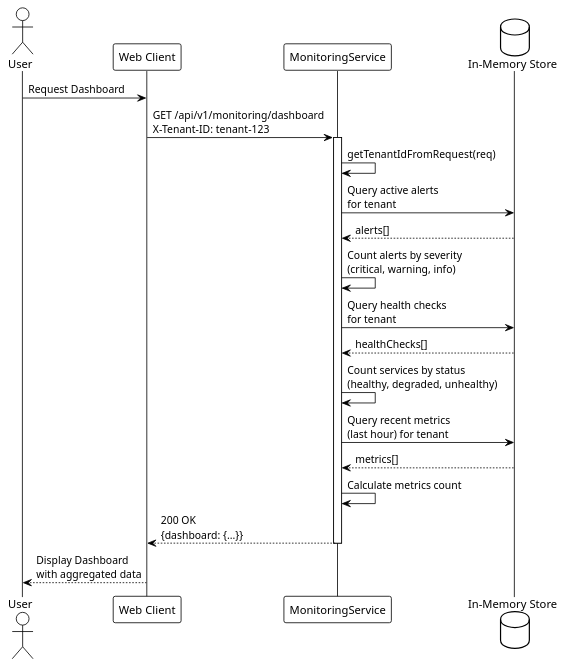
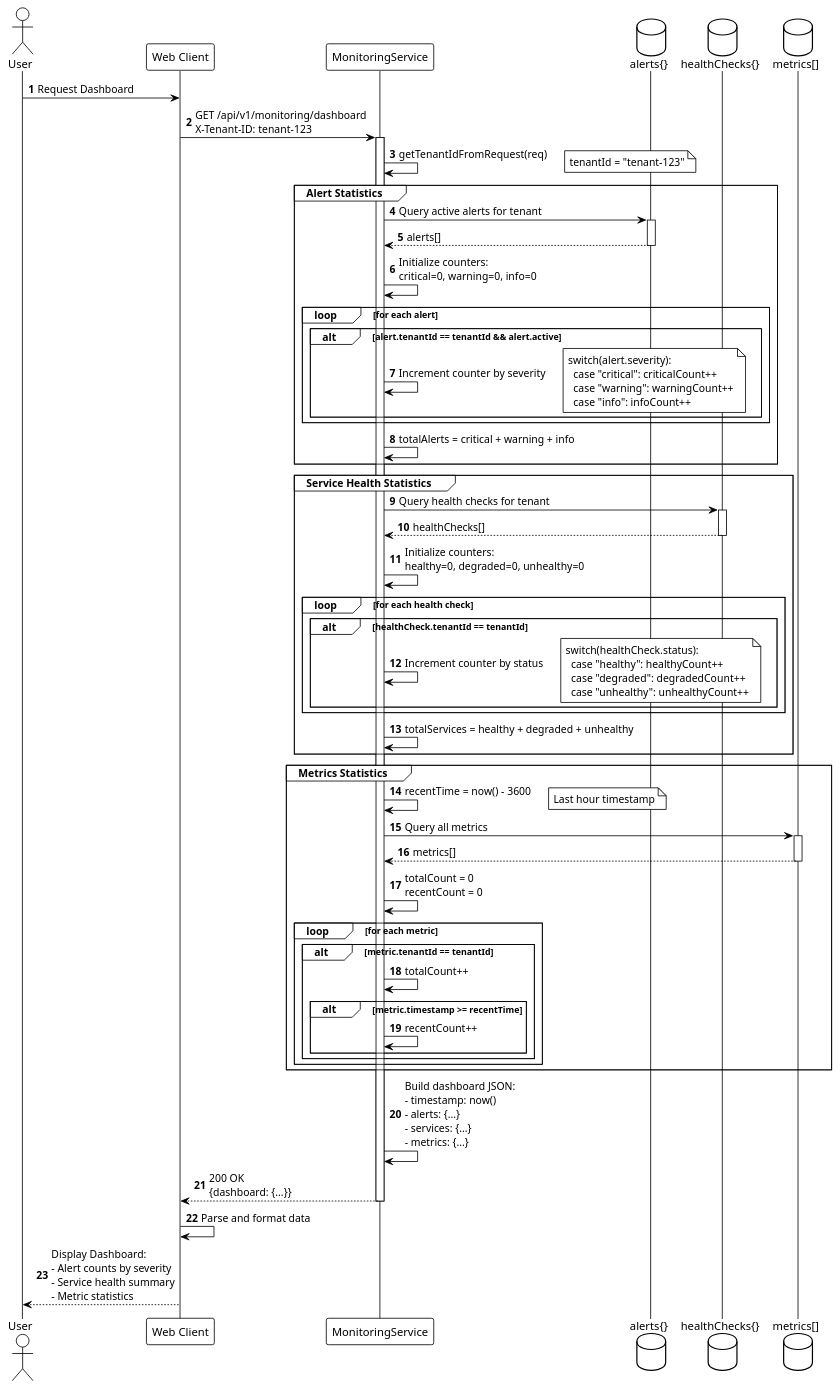
The third of 8 diagrams in monitoring/README.md (UIMSolutions/uim-iaas), drawn with PlantUML before and after one commit. The commit also changed other lines of this file and 10 other files, not shown here.

````diff
--- a/monitoring/README.md
+++ b/monitoring/README.md
@@ -222,36 +342,97 @@
 ```plantuml
 @startuml
 !theme plain
+autonumber
 
 actor User
 participant "Web Client" as Client
 participant "MonitoringService" as Service
-database "In-Memory Store" as Store
+database "alerts{}" as AlertStore
+database "healthChecks{}" as HealthStore
+database "metrics[]" as MetricStore
 
 User -> Client: Request Dashboard
 Client -> Service: GET /api/v1/monitoring/dashboard\nX-Tenant-ID: tenant-123
 activate Service
 
 Service -> Service: getTenantIdFromRequest(req)
-Service -> Store: Query active alerts\nfor tenant
-Store --> Service: alerts[]
+note right: tenantId = "tenant-123"
 
-Service -> Service: Count alerts by severity\n(critical, warning, info)
+group Alert Statistics
+    Service -> AlertStore: Query active alerts for tenant
+    activate AlertStore
+    AlertStore --> Service: alerts[]
+    deactivate AlertStore
+    
+    Service -> Service: Initialize counters:\ncritical=0, warning=0, info=0
+    
+    loop for each alert
+        alt alert.tenantId == tenantId && alert.active
+            Service -> Service: Increment counter by severity
+            note right
+                switch(alert.severity):
+                  case "critical": criticalCount++
+                  case "warning": warningCount++
+                  case "info": infoCount++
+            end note
+        end
+    end
+    
+    Service -> Service: totalAlerts = critical + warning + info
+end
 
-Service -> Store: Query health checks\nfor tenant
-Store --> Service: healthChecks[]
+group Service Health Statistics
+    Service -> HealthStore: Query health checks for tenant
+    activate HealthStore
+    HealthStore --> Service: healthChecks[]
+    deactivate HealthStore
+    
+    Service -> Service: Initialize counters:\nhealthy=0, degraded=0, unhealthy=0
+    
+    loop for each health check
+        alt healthCheck.tenantId == tenantId
+            Service -> Service: Increment counter by status
+            note right
+                switch(healthCheck.status):
+                  case "healthy": healthyCount++
+                  case "degraded": degradedCount++
+                  case "unhealthy": unhealthyCount++
+            end note
+        end
+    end
+    
+    Service -> Service: totalServices = healthy + degraded + unhealthy
+end
 
-Service -> Service: Count services by status\n(healthy, degraded, unhealthy)
+group Metrics Statistics
+    Service -> Service: recentTime = now() - 3600
+    note right: Last hour timestamp
+    
+    Service -> MetricStore: Query all metrics
+    activate MetricStore
+    MetricStore --> Service: metrics[]
+    deactivate MetricStore
+    
+    Service -> Service: totalCount = 0\nrecentCount = 0
+    
+    loop for each metric
+        alt metric.tenantId == tenantId
+            Service -> Service: totalCount++
+            alt metric.timestamp >= recentTime
+                Service -> Service: recentCount++
+            end
+        end
+    end
+end
 
-Service -> Store: Query recent metrics\n(last hour) for tenant
-Store --> Service: metrics[]
-
-Service -> Service: Calculate metrics count
+Service -> Service: Build dashboard JSON:\n- timestamp: now()\n- alerts: {...}\n- services: {...}\n- metrics: {...}
 
 Service --> Client: 200 OK\n{dashboard: {...}}
 deactivate Service
 
-Client --> User: Display Dashboard\nwith aggregated data
+Client -> Client: Parse and format data
+
+Client --> User: Display Dashboard:\n- Alert counts by severity\n- Service health summary\n- Metric statistics
 
 @enduml
 ```
````
